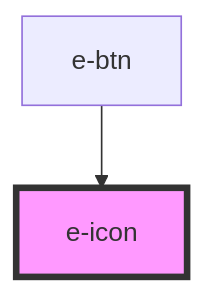
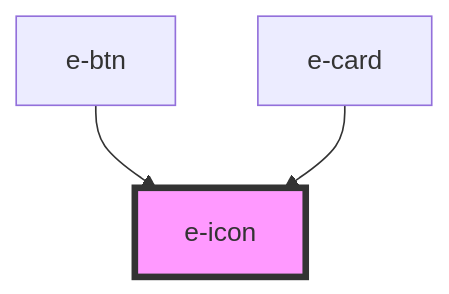
Before and after one commit to kabbandre/Equinox-Web-Components: the diagram in src/components/e-icon/readme.md, drawn with Mermaid. The commit also changed other lines of this file and 55 other files, not shown here.

````diff
--- a/src/components/e-icon/readme.md
+++ b/src/components/e-icon/readme.md
@@ -24,5 +25,6 @@
 ```mermaid
 graph TD;
   e-btn --> e-icon
+  e-card --> e-icon
   style e-icon fill:#f9f,stroke:#333,stroke-width:4px
 ```
````
